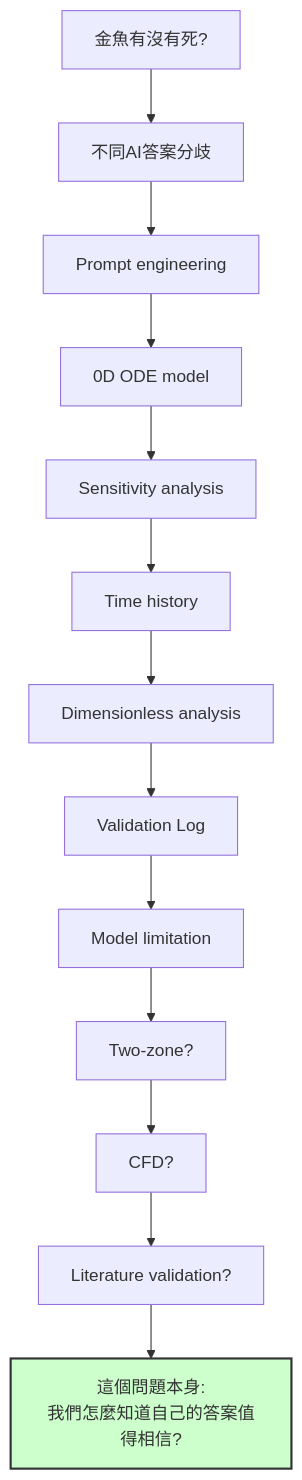
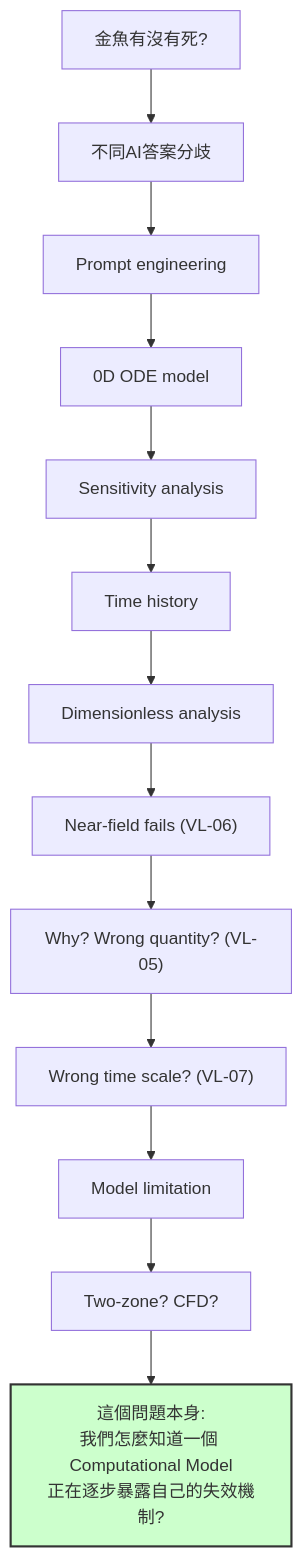
The sixth of 6 diagrams in article/article.md (zhixiu0223/goldfish-fire-repro), drawn with Mermaid before and after one commit. The commit also changed other lines of this file, not shown here.

````diff
--- a/article/article.md
+++ b/article/article.md
@@ -419,17 +454,17 @@
 ```mermaid
 flowchart TD
     Q0["金魚有沒有死?"] --> Q1["不同AI答案分歧"]
     Q1 --> Q2["Prompt engineering"]
     Q2 --> Q3["0D ODE model"]
     Q3 --> Q4["Sensitivity analysis"]
     Q4 --> Q5["Time history"]
     Q5 --> Q6["Dimensionless analysis"]
-    Q6 --> Q7["Validation Log"]
-    Q7 --> Q8["Model limitation"]
-    Q8 --> Q9["Two-zone?"]
-    Q9 --> Q10["CFD?"]
-    Q10 --> Q11["Literature validation?"]
-    Q11 --> QF["這個問題本身:<br/>我們怎麼知道自己的答案值得相信?"]
+    Q6 --> Q7["Near-field fails (VL-06)"]
+    Q7 --> Q8["Why? Wrong quantity? (VL-05)"]
+    Q8 --> Q9["Wrong time scale? (VL-07)"]
+    Q9 --> Q10["Model limitation"]
+    Q10 --> Q11["Two-zone? CFD?"]
+    Q11 --> QF["這個問題本身:<br/>我們怎麼知道一個 Computational Model<br/>正在逐步暴露自己的失效機制?"]
 
     style QF fill:#ccffcc,stroke:#333,stroke-width:2px
 ```
````
